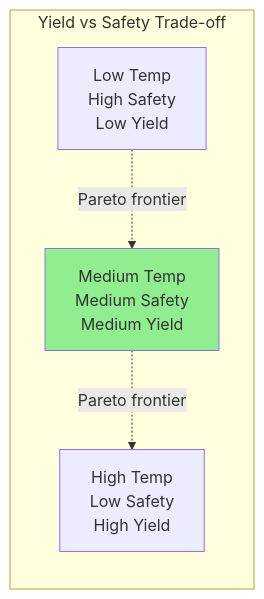
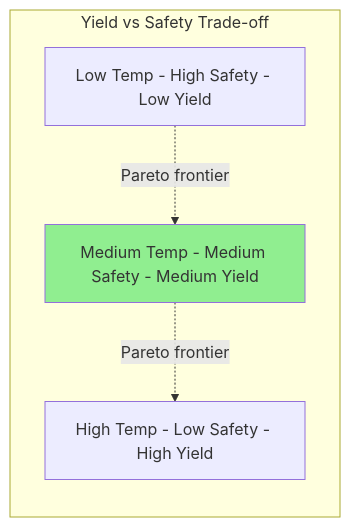
One commit to bhi5hmaraj/ai-risk-ttx changed the tenth of 13 diagrams in research/ai_futures/eli/engineering_graduate.md. Above: the diagram before and after it, drawn with Mermaid. The commit also changed other lines of this file and 8 other files, not shown here.

First line of the commit message:
fix: Remove all <br/> tags from Mermaid diagrams and add validation

````diff
--- a/research/ai_futures/eli/engineering_graduate.md
+++ b/research/ai_futures/eli/engineering_graduate.md
@@ -417,13 +417,13 @@
 ```mermaid
 graph LR
     subgraph "Yield vs Safety Trade-off"
-    P1["Low Temp<br/>High Safety<br/>Low Yield"]
-    P2["Medium Temp<br/>Medium Safety<br/>Medium Yield"]
-    P3["High Temp<br/>Low Safety<br/>High Yield"]
+    P1["Low Temp - High Safety - Low Yield"]
+    P2["Medium Temp - Medium Safety - Medium Yield"]
+    P3["High Temp - Low Safety - High Yield"]
     end
 
     P1 -.->|"Pareto frontier"| P2
     P2 -.->|"Pareto frontier"| P3
 
     style P2 fill:#90EE90
 ```
````
